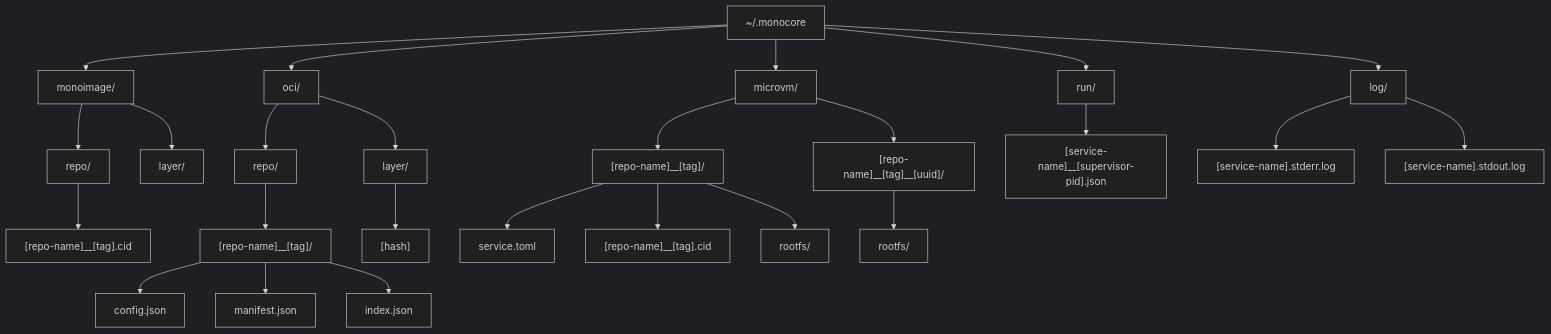
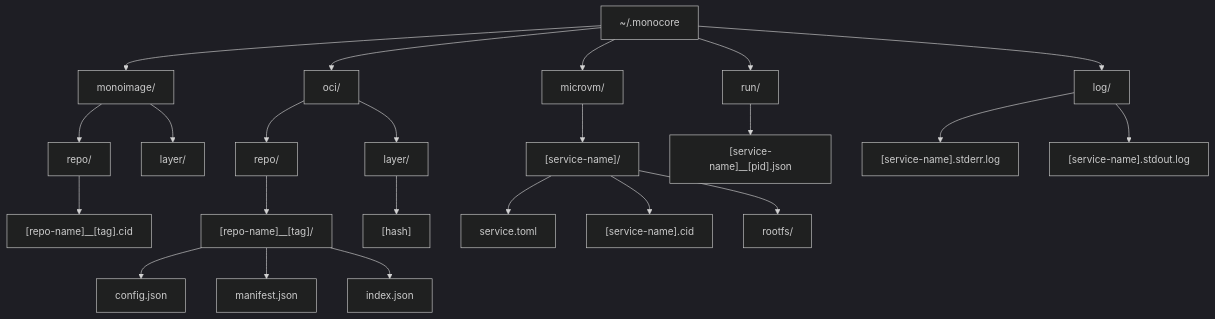
One commit to zerocore-ai/monocore changed the diagram in monocore/README.md. Above: the diagram before and after it, drawn with Mermaid (dark theme). The commit also changed other lines of this file and 16 other files, not shown here.

````diff
--- a/monocore/README.md
+++ b/monocore/README.md
@@ -57,31 +56,29 @@
 ```mermaid
 graph TD
     monocore_root[~/.monocore] --> monoimage[monoimage/]
     monoimage --> monoimage_repo[repo/]
     monoimage_repo --> monoimage_cid["[repo-name]__[tag].cid"]
     monoimage --> monoimage_layer[layer/]
 
     monocore_root --> oci[oci/]
     oci --> oci_repo[repo/]
     oci_repo --> oci_tag["[repo-name]__[tag]/"]
     oci_tag --> oci_config[config.json]
     oci_tag --> oci_manifest[manifest.json]
     oci_tag --> oci_index[index.json]
     oci --> oci_layer[layer/]
     oci_layer --> oci_layer_hash["[hash]"]
 
     monocore_root --> microvm[microvm/]
-    microvm --> microvm_tag["[repo-name]__[tag]/"]
-    microvm --> microvm_instance["[repo-name]__[tag]__[uuid]/"]
-    microvm_tag --> microvm_service[service.toml]
-    microvm_tag --> microvm_cid["[repo-name]__[tag].cid"]
-    microvm_tag --> microvm_rootfs[rootfs/]
-    microvm_instance --> microvm_instance_rootfs[rootfs/]
+    microvm --> microvm_service["[service-name]/"]
+    microvm_service --> microvm_toml[service.toml]
+    microvm_service --> microvm_cid["[service-name].cid"]
+    microvm_service --> microvm_rootfs[rootfs/]
 
     monocore_root --> run[run/]
-    run --> run_service["[service-name]__[supervisor-pid].json"]
+    run --> run_service["[service-name]__[pid].json"]
 
     monocore_root --> log[log/]
     log --> log_stderr["[service-name].stderr.log"]
     log --> log_stdout["[service-name].stdout.log"]
 ```
````
